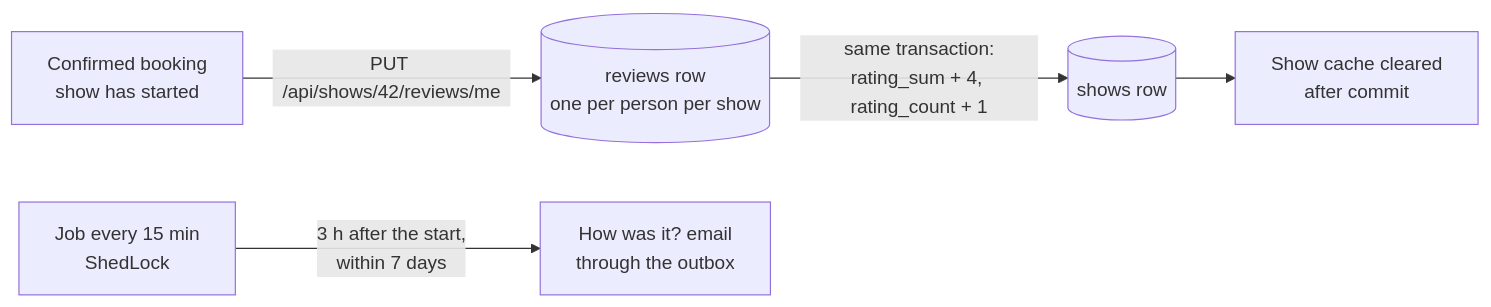
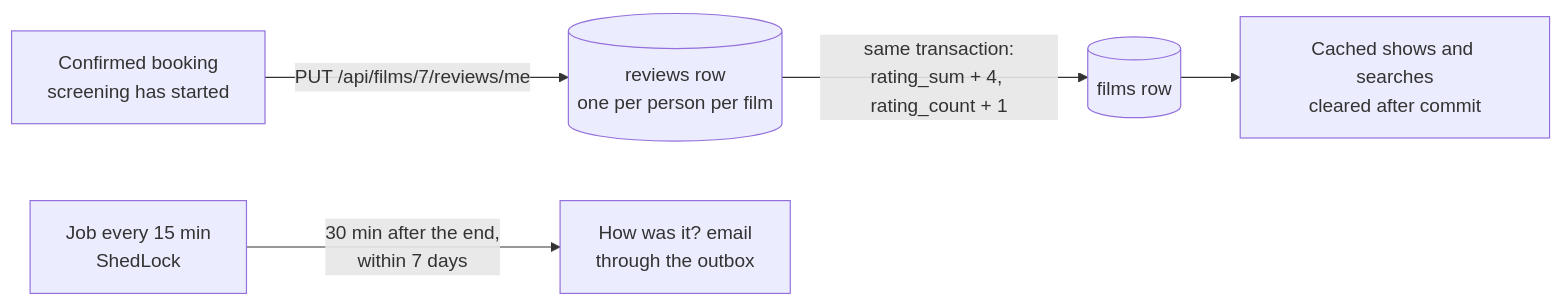
The eighth of 10 diagrams in README.md (Abhishek360007/BookMySeat), drawn with Mermaid before and after one commit. The commit also changed other lines of this file and 51 other files, not shown here.

````diff
--- a/README.md
+++ b/README.md
@@ -308,7 +329,7 @@
 ```mermaid
 flowchart LR
-    B[Confirmed booking<br/>show has started] -->|PUT /api/shows/42/reviews/me| R[(reviews row<br/>one per person per show)]
-    R -->|same transaction:<br/>rating_sum + 4, rating_count + 1| S[(shows row)]
-    S --> C[Show cache cleared<br/>after commit]
-    J[Job every 15 min<br/>ShedLock] -->|3 h after the start,<br/>within 7 days| E[How was it? email<br/>through the outbox]
+    B[Confirmed booking<br/>screening has started] -->|PUT /api/films/7/reviews/me| R[(reviews row<br/>one per person per film)]
+    R -->|same transaction:<br/>rating_sum + 4, rating_count + 1| F[(films row)]
+    F --> C[Cached shows and searches<br/>cleared after commit]
+    J[Job every 15 min<br/>ShedLock] -->|30 min after the end,<br/>within 7 days| E[How was it? email<br/>through the outbox]
 ```
````
